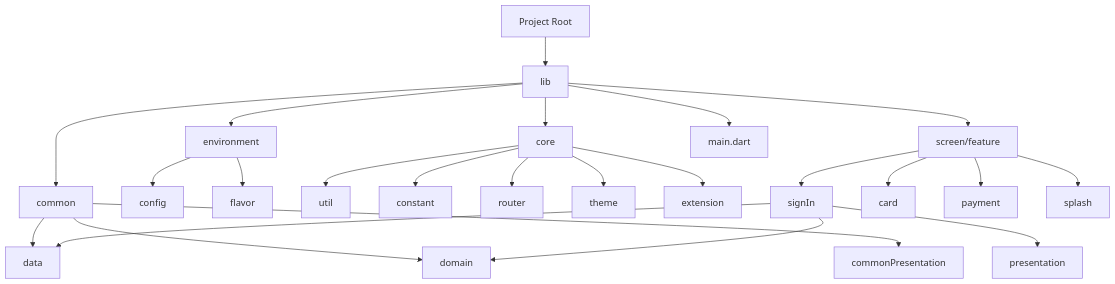
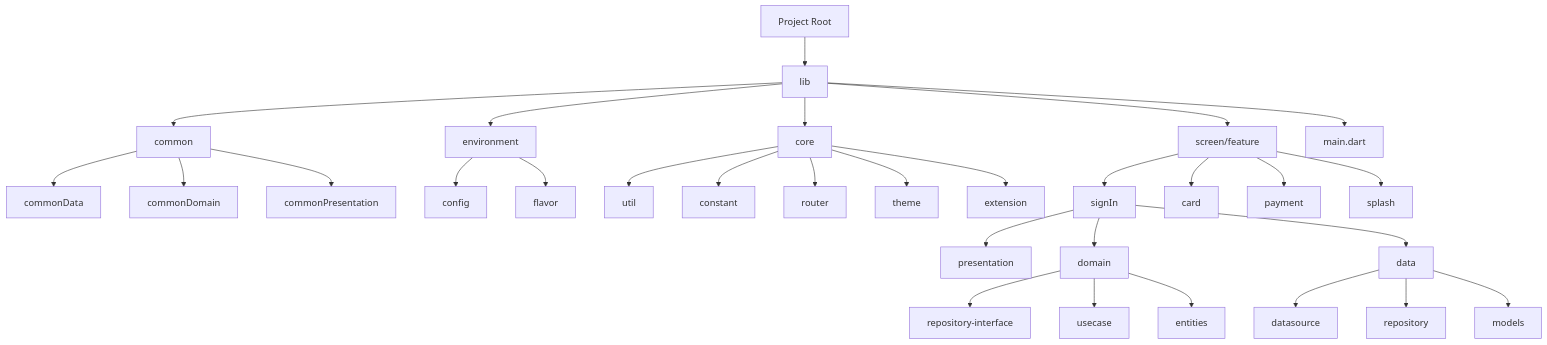
One commit to KoreanTuna/Payment-Demo changed the first of 2 diagrams in README.md. Above: the diagram before and after it, drawn with Mermaid.

````diff
--- a/README.md
+++ b/README.md
@@ -11,37 +11,46 @@
 ```mermaid
 flowchart TD
     A[Project Root]
     A --> lib
 
     lib --> common
     lib --> core
     lib --> environment
     lib --> screen/feature
     lib --> main.dart
 
-    common --> data
-    common --> domain
+    common --> commonData
+    common --> commonDomain
     common --> commonPresentation
 
     environment --> config
     environment --> flavor
 
     core --> util
     core --> constant
     core --> router
     core --> theme
     core --> extension
 
     screen/feature --> signIn
     screen/feature --> card
     screen/feature --> payment
     screen/feature --> splash
 
     signIn --> presentation
     signIn --> domain
     signIn --> data
 
+    data --> datasource
+    data --> repository
+    data --> models
+
+    domain --> repository-interface
+    domain --> usecase
+    domain --> entities
+    
+
     
 
 
 ```
````
